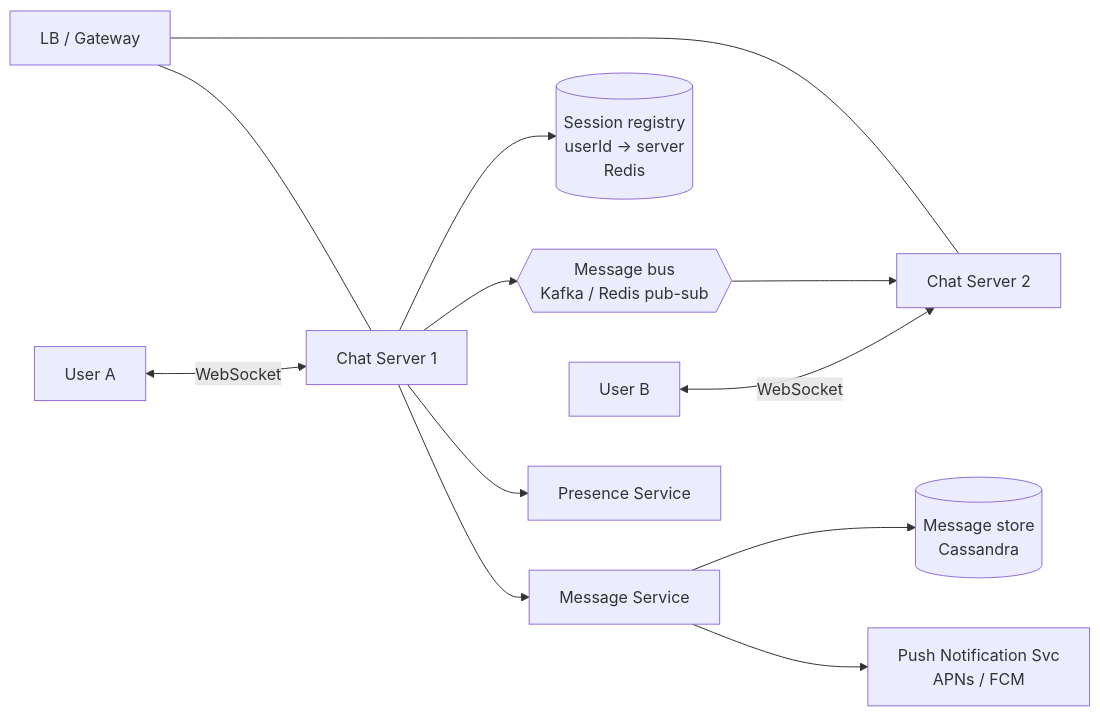
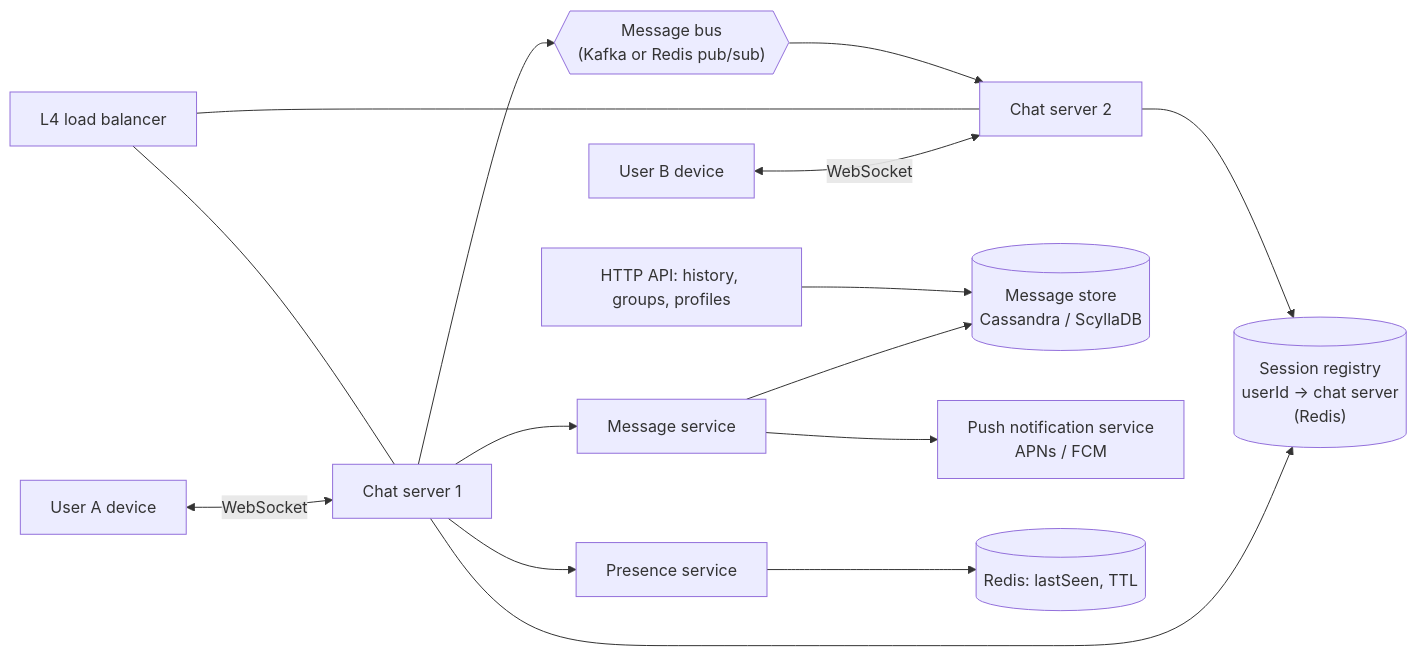
The first of 2 diagrams in design/4 Case Studies/Design a Chat System.md (hshtgbrendo/software-dev-prep), drawn with Mermaid before and after one commit. The commit also changed other lines of this file and 28 other files, not shown here.

````diff
--- a/design/4 Case Studies/Design a Chat System.md
+++ b/design/4 Case Studies/Design a Chat System.md
@@ -28,13 +46,15 @@
 ```mermaid
 flowchart LR
-  A[User A] <-- WebSocket --> CS1[Chat Server 1]
-  B[User B] <-- WebSocket --> CS2[Chat Server 2]
-  CS1 --> SR[(Session registry<br/>userId → server<br/>Redis)]
-  CS1 --> MQ{{Message bus<br/>Kafka / Redis pub-sub}}
-  MQ --> CS2
-  CS1 --> MS[Message Service] --> MDB[(Message store<br/>Cassandra)]
-  MS --> PN[Push Notification Svc<br/>APNs / FCM]
-  CS1 --> PR[Presence Service]
-  LB[LB / Gateway] --- CS1
+  A[User A device] <-- WebSocket --> CS1[Chat server 1]
+  B[User B device] <-- WebSocket --> CS2[Chat server 2]
+  LB[L4 load balancer] --- CS1
   LB --- CS2
+  CS1 --> SR[("Session registry<br/>userId → chat server<br/>(Redis)")]
+  CS2 --> SR
+  CS1 --> MS[Message service] --> MDB[("Message store<br/>Cassandra / ScyllaDB")]
+  CS1 --> BUS{{"Message bus<br/>(Kafka or Redis pub/sub)"}}
+  BUS --> CS2
+  MS --> PN["Push notification service<br/>APNs / FCM"]
+  CS1 --> PR[Presence service] --> PRS[(Redis: lastSeen, TTL)]
+  API[HTTP API: history, groups, profiles] --> MDB
 ```
````
